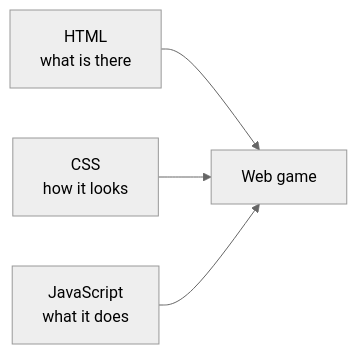
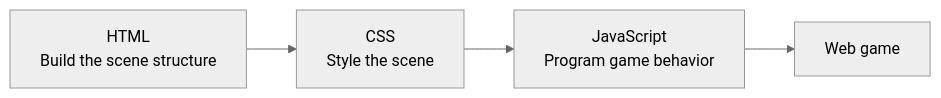
The tenth of 11 diagrams in Quarto_Doc/chapters/01-computer-and-web-basics.qmd (hungfuc/js_game_for_kids), drawn with Mermaid (neutral theme) before and after one commit. The commit also changed other lines of this file and 72 other files, not shown here.

````diff
--- a/Quarto_Doc/chapters/01-computer-and-web-basics.qmd
+++ b/Quarto_Doc/chapters/01-computer-and-web-basics.qmd
@@ -392,6 +429,6 @@
 ```{mermaid}
 flowchart LR
-    H[HTML<br/>what is there] --> G[Web game]
-    C[CSS<br/>how it looks] --> G
-    J[JavaScript<br/>what it does] --> G
+    H[HTML<br/>Build the scene structure] --> C[CSS<br/>Style the scene]
+    C --> J[JavaScript<br/>Program game behavior]
+    J --> G[Web game]
 ```
````
